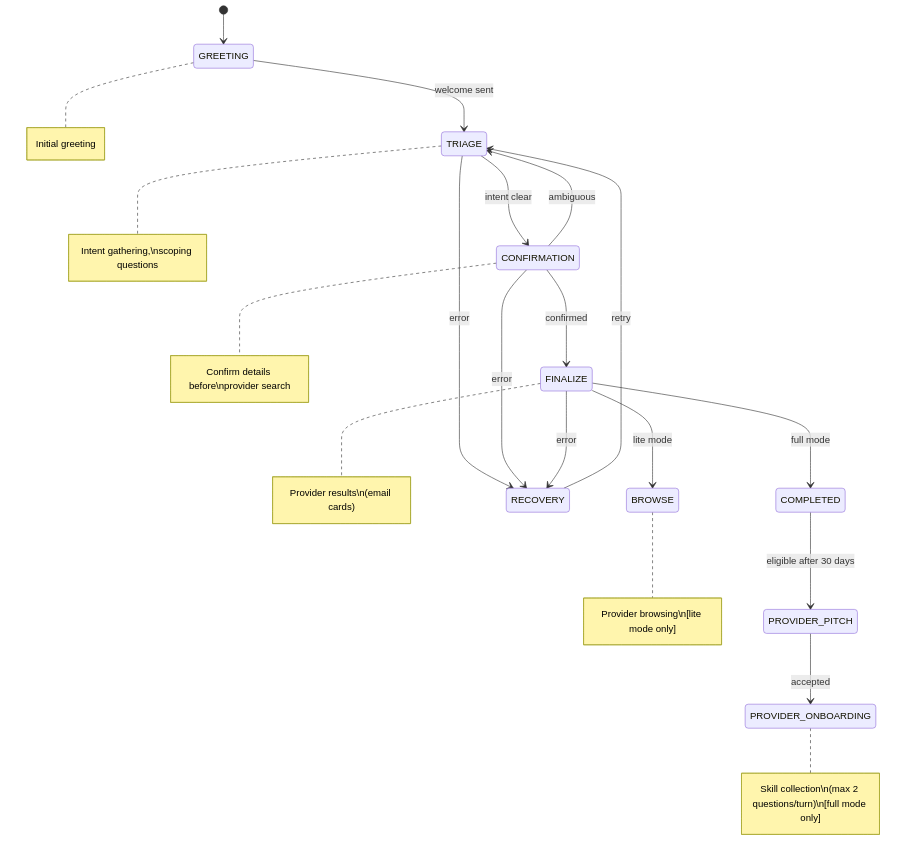
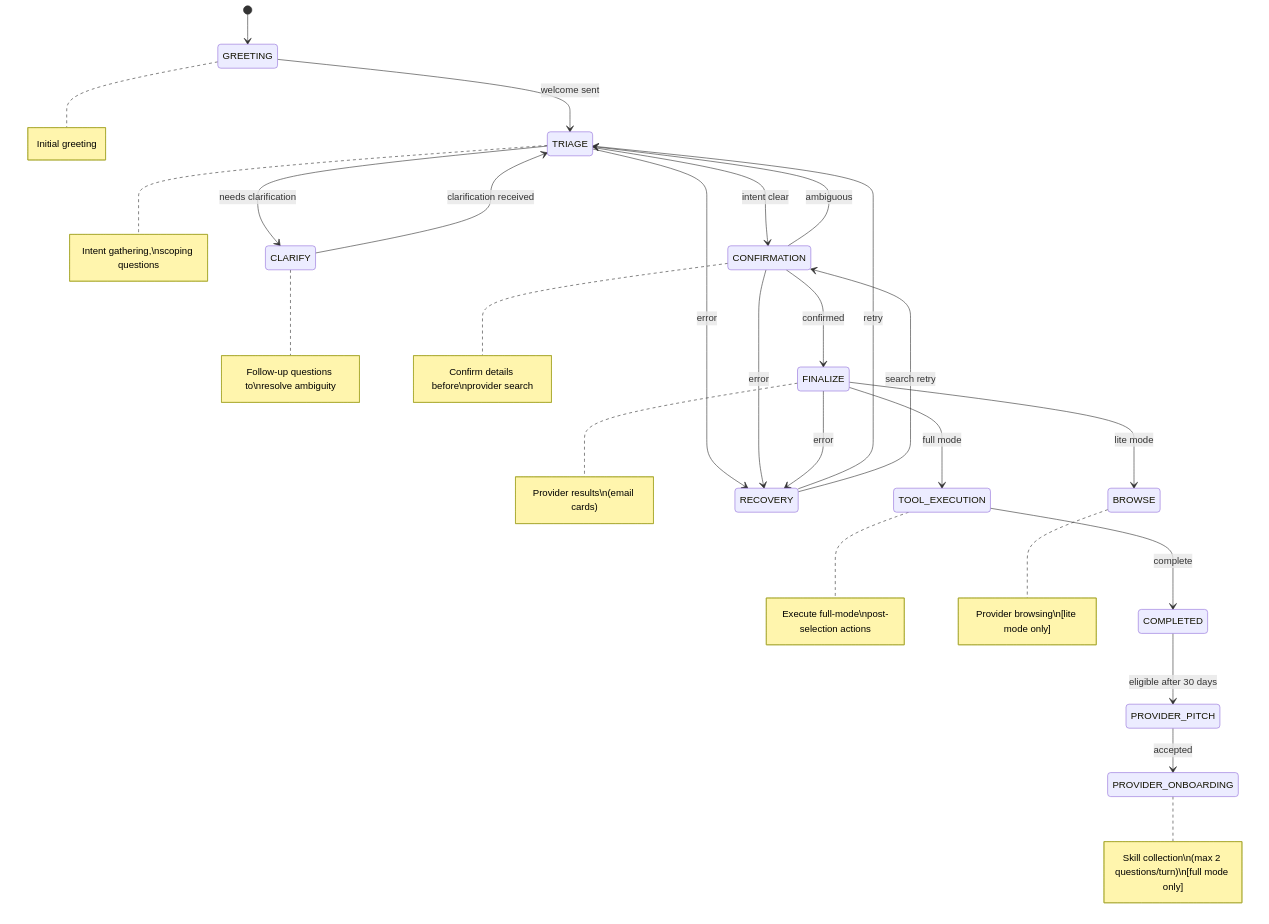
The diagram in docs/ai-assistant.md (Fides-Connect/linkora), drawn with Mermaid before and after one commit. The commit also changed other lines of this file and 2 other files, not shown here.

Commit message:
Fix Copilot review findings (Gemini prereq, WS/WSS, voice flow heading, FSM CLARIFY/TOOL_EXECUTION, RECOVERY note)

````diff
--- a/docs/ai-assistant.md
+++ b/docs/ai-assistant.md
@@ -56,24 +56,30 @@
 ```mermaid
 stateDiagram-v2
     [*] --> GREETING
     GREETING --> TRIAGE : welcome sent
+    TRIAGE --> CLARIFY : needs clarification
+    CLARIFY --> TRIAGE : clarification received
     TRIAGE --> CONFIRMATION : intent clear
     CONFIRMATION --> FINALIZE : confirmed
     CONFIRMATION --> TRIAGE : ambiguous
-    FINALIZE --> COMPLETED : full mode
+    FINALIZE --> TOOL_EXECUTION : full mode
+    TOOL_EXECUTION --> COMPLETED : complete
     FINALIZE --> BROWSE : lite mode
     COMPLETED --> PROVIDER_PITCH : eligible after 30 days
     PROVIDER_PITCH --> PROVIDER_ONBOARDING : accepted
 
     TRIAGE --> RECOVERY : error
     CONFIRMATION --> RECOVERY : error
     FINALIZE --> RECOVERY : error
     RECOVERY --> TRIAGE : retry
+    RECOVERY --> CONFIRMATION : search retry
 
     note right of GREETING : Initial greeting
     note right of TRIAGE : Intent gathering,\nscoping questions
+    note right of CLARIFY : Follow-up questions to\nresolve ambiguity
     note right of CONFIRMATION : Confirm details before\nprovider search
     note right of FINALIZE : Provider results\n(email cards)
+    note right of TOOL_EXECUTION : Execute full-mode\npost-selection actions
     note right of BROWSE : Provider browsing\n[lite mode only]
     note right of PROVIDER_ONBOARDING : Skill collection\n(max 2 questions/turn)\n[full mode only]
 ```
````
